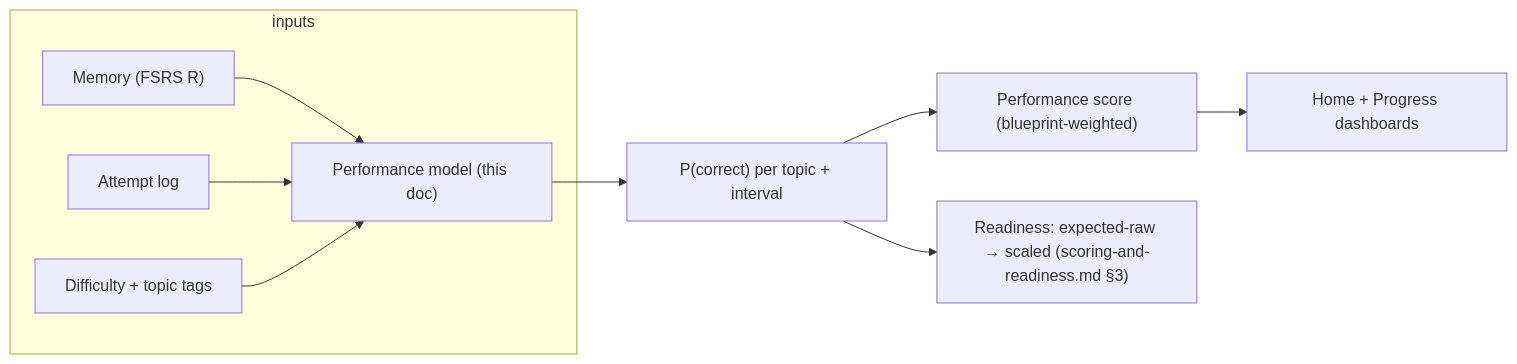
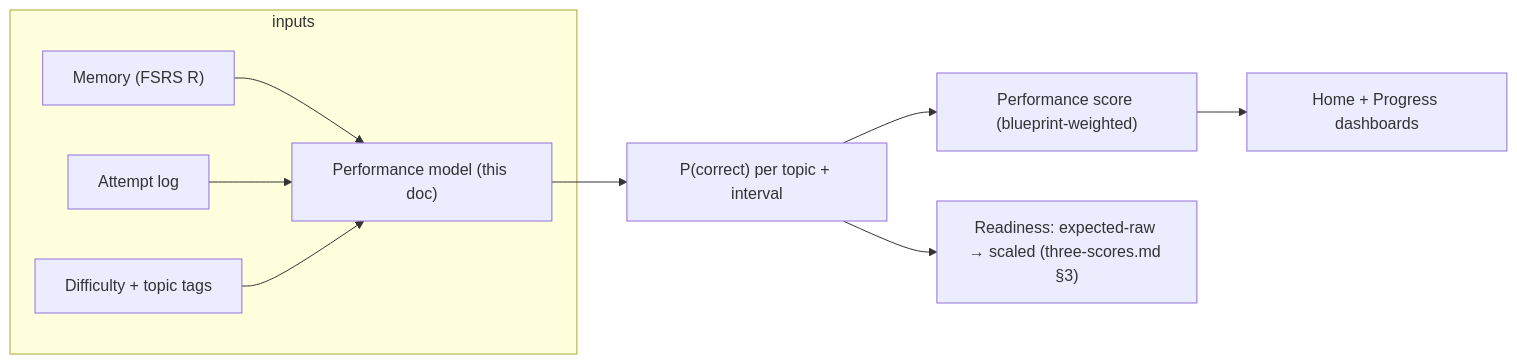
The third of 3 diagrams in docs_pgrep/research/performance-model.md (philote-dev/inka), drawn with Mermaid before and after one commit. The commit also changed other lines of this file and 17 other files, not shown here.

````diff
--- a/docs_pgrep/research/performance-model.md
+++ b/docs_pgrep/research/performance-model.md
@@ -142,12 +144,12 @@
 ```mermaid
 flowchart LR
     PM["Performance model (this doc)"] --> PT["P(correct) per topic + interval"]
     PT --> PSCORE["Performance score (blueprint-weighted)"]
-    PT --> READY["Readiness: expected-raw → scaled (scoring-and-readiness.md §3)"]
+    PT --> READY["Readiness: expected-raw → scaled (three-scores.md §3)"]
     PSCORE --> DASH["Home + Progress dashboards"]
     subgraph inputs
       MEM["Memory (FSRS R)"] --> PM
       ATT["Attempt log"] --> PM
       TAGS["Difficulty + topic tags"] --> PM
     end
 ```
````
